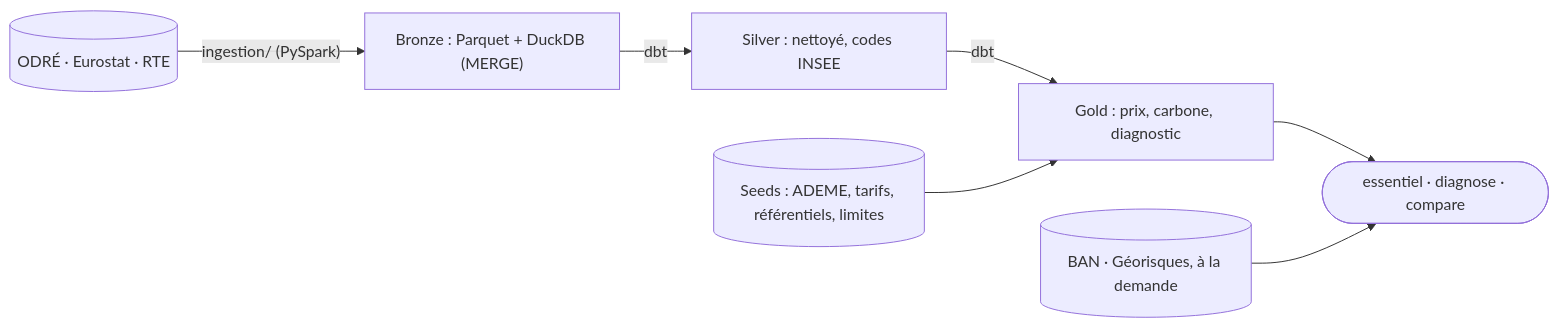
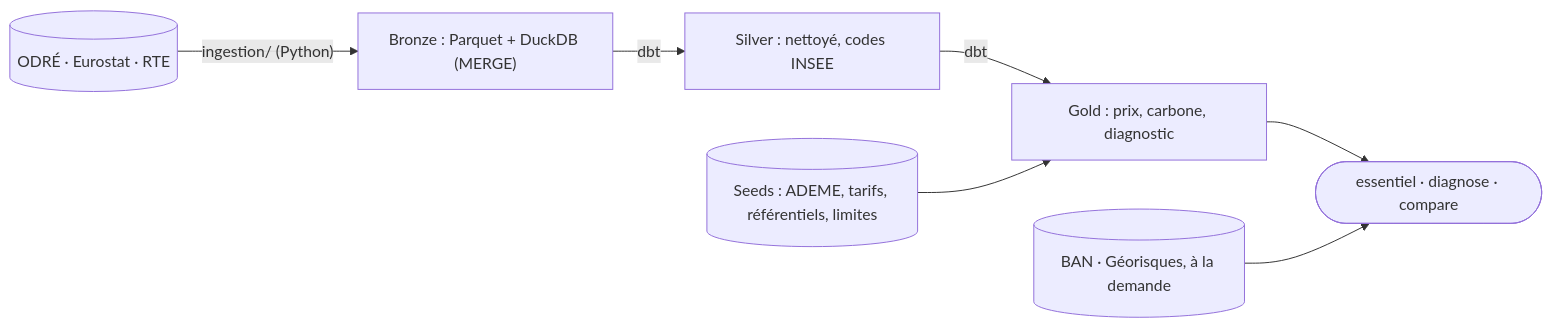
The diagram in README.md (Elias-Ouafi/ou-brancher-mon-entreprise), drawn with Mermaid before and after one commit. The commit also changed other lines of this file and 6 other files, not shown here.

First line of the commit message:
Python uniquement : PySpark retire, documentation en francais

````diff
--- a/README.md
+++ b/README.md
@@ -93,9 +83,9 @@
 ```mermaid
 flowchart LR
-    SRC[("ODRÉ · Eurostat · RTE")] -->|"ingestion/ (PySpark)"| B["Bronze : Parquet + DuckDB (MERGE)"]
+    SRC[("ODRÉ · Eurostat · RTE")] -->|"ingestion/ (Python)"| B["Bronze : Parquet + DuckDB (MERGE)"]
     B -->|dbt| S["Silver : nettoyé, codes INSEE"]
     S -->|dbt| G["Gold : prix, carbone, diagnostic"]
     SEEDS[("Seeds : ADEME, tarifs, référentiels, limites")] --> G
     G --> CLI(["essentiel · diagnose · compare"])
     BAN[("BAN · Géorisques, à la demande")] --> CLI
 ```
````
